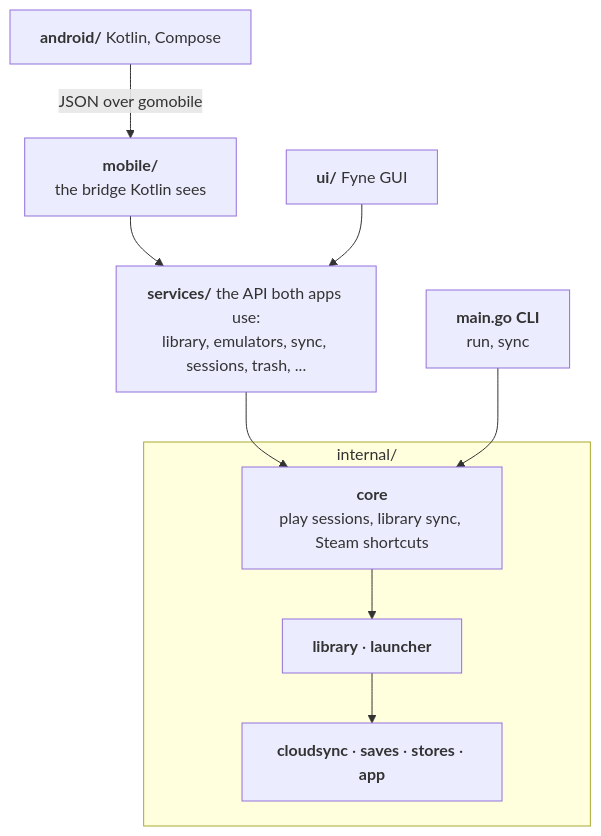
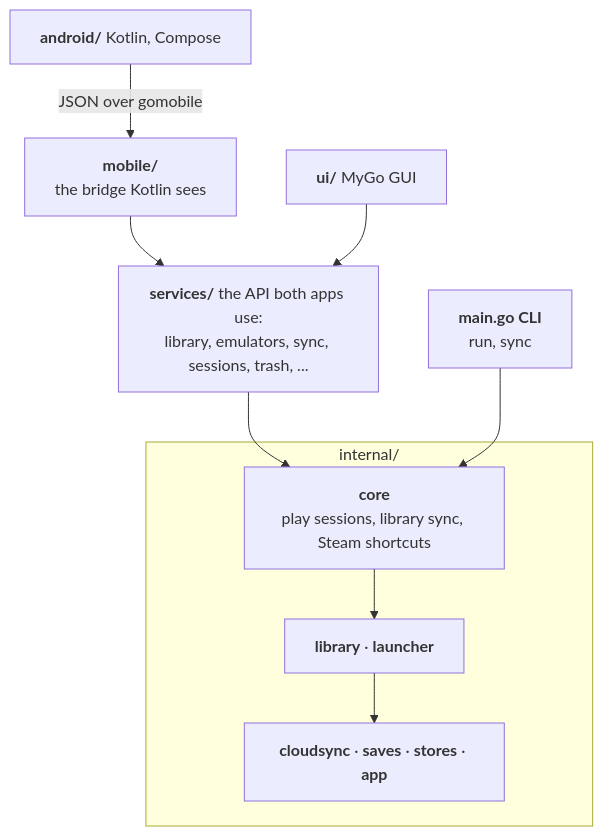
The first of 2 diagrams in docs/architecture.md (akfaiz/carryover), drawn with Mermaid before and after one commit. The commit also changed other lines of this file and 197 other files, not shown here.

````diff
--- a/docs/architecture.md
+++ b/docs/architecture.md
@@ -13,19 +13,19 @@
 ```mermaid
 flowchart TD
     CLI["<b>main.go CLI</b><br/>run, sync"]
-    GUI["<b>ui/</b> Fyne GUI"]
+    GUI["<b>ui/</b> MyGo GUI"]
     And["<b>android/</b> Kotlin, Compose"]
     Mobile["<b>mobile/</b><br/>the bridge Kotlin sees"]
     Svc["<b>services/</b> the API both apps use:<br/>library, emulators, sync, sessions, trash, ..."]
     And -->|JSON over gomobile| Mobile
     Mobile --> Svc
     GUI --> Svc
     Svc --> Core
     CLI --> Core
     subgraph Internal [internal/]
         Core["<b>core</b><br/>play sessions, library sync, Steam shortcuts"]
         Mid["<b>library</b> · <b>launcher</b>"]
         Low["<b>cloudsync</b> · <b>saves</b> · <b>stores</b> · <b>app</b>"]
         Core --> Mid --> Low
     end
 ```
````
